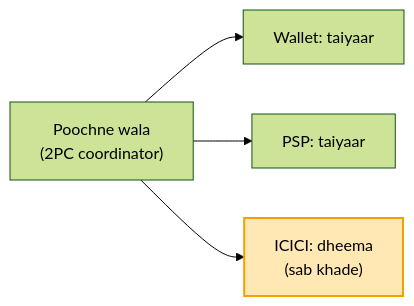
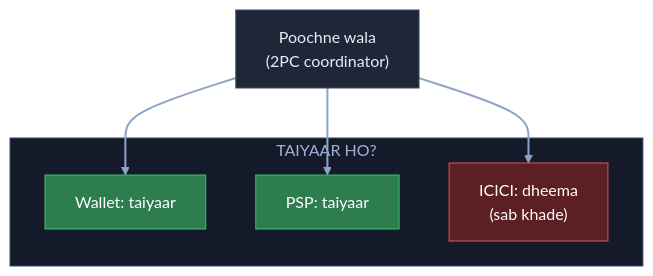
The eighth of 11 diagrams in 04_HLD/SYSTEM_DESIGNS/06_payment_system/06_payment_system.md (ArpanMaheshwari144/Prep), drawn with Mermaid (forest theme) before and after one commit. The commit also changed other lines of this file, not shown here.

Commit message:
Payment: 11 diagram YouTube (reel) wale card andaaz me

````diff
--- a/04_HLD/SYSTEM_DESIGNS/06_payment_system/06_payment_system.md
+++ b/04_HLD/SYSTEM_DESIGNS/06_payment_system/06_payment_system.md
@@ -160,7 +234,18 @@
 ```mermaid
-flowchart LR
-    C["Poochne wala<br/>(2PC coordinator)"] --> W["Wallet: taiyaar"]
-    C --> P["PSP: taiyaar"]
-    C --> I["ICICI: dheema<br/>(sab khade)"]
-    style I fill:#ffe8b3,stroke:#f59f00,stroke-width:2px,color:#000
+flowchart TB
+    C["Poochne wala<br/>(2PC coordinator)"]:::card
+    subgraph TH["TAIYAAR HO?"]
+        W["Wallet: taiyaar"]:::good
+        P["PSP: taiyaar"]:::good
+        I["ICICI: dheema<br/>(sab khade)"]:::bad
+    end
+    C --> W
+    C --> P
+    C --> I
+    linkStyle default stroke:#8fa3c7,stroke-width:2px
+    classDef card fill:#1e2638,stroke:#3a4a6b,color:#e8ecf5
+    classDef pill fill:#f5c542,stroke:#f5c542,color:#000
+    classDef good fill:#2e7d4f,stroke:#3fbf6f,color:#fff
+    classDef bad fill:#5c1f24,stroke:#e05561,color:#fff
+    style TH fill:#141a29,stroke:#3a4a6b,color:#9fb3d9
 ```
````
